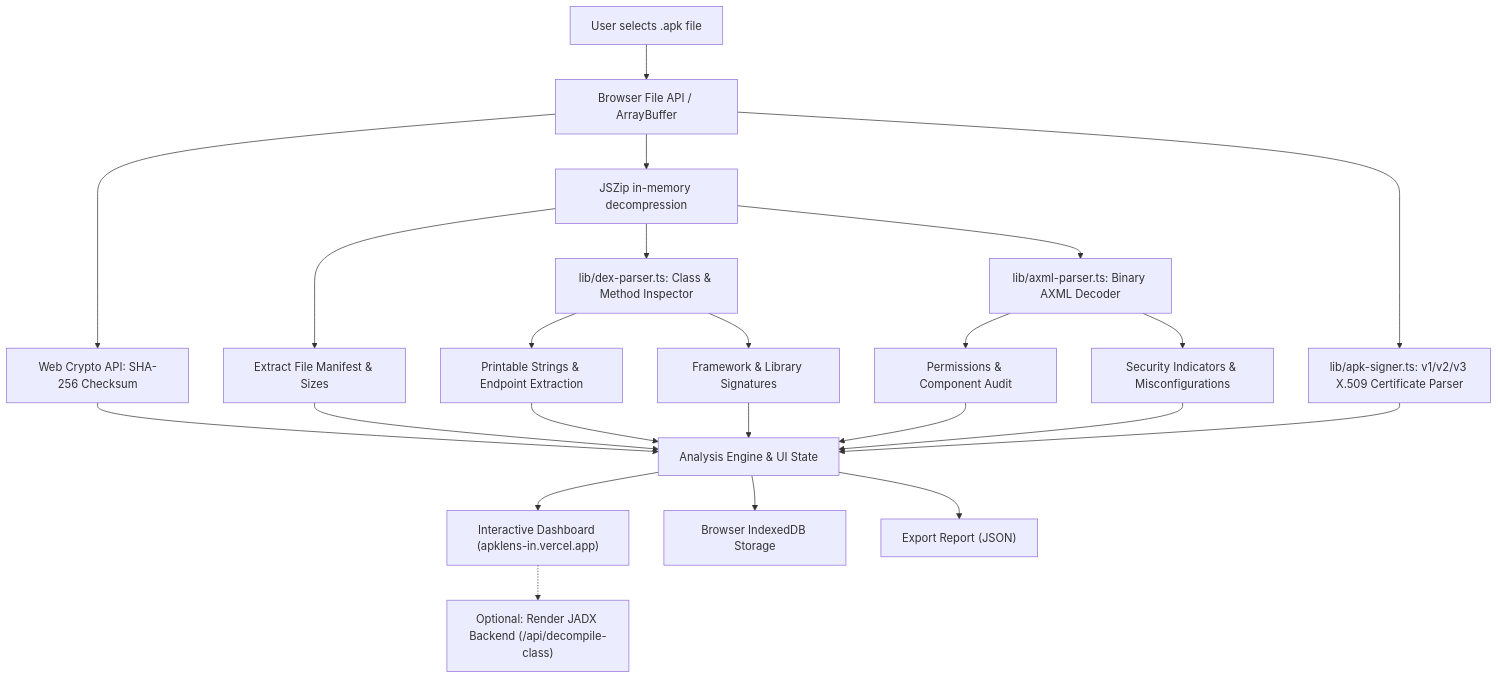
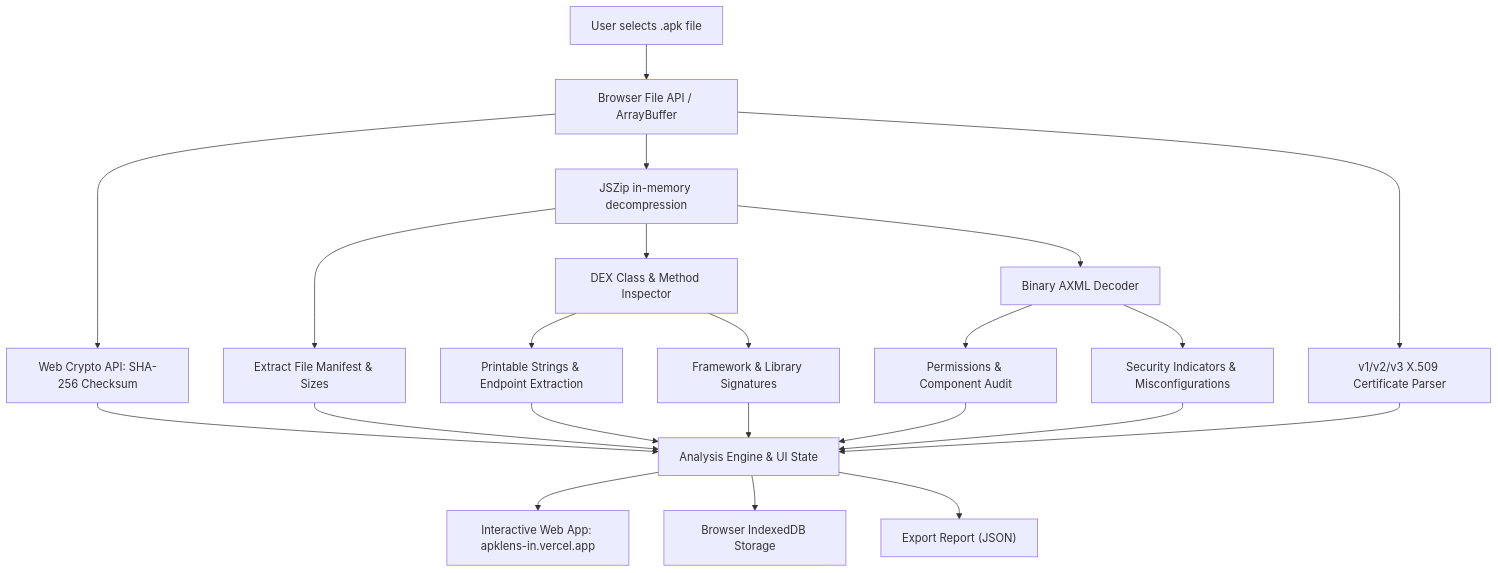
The diagram in README.md (jojin1709/APKlens-), drawn with Mermaid before and after one commit. The commit also changed other lines of this file and 1 other file, not shown here.

Commit message:
docs: protect intellectual property and update README for official web access

````diff
--- a/README.md
+++ b/README.md
@@ -114,31 +100,29 @@
 ```mermaid
 flowchart TD
     A["User selects .apk file"] --> B["Browser File API / ArrayBuffer"]
     B --> C["Web Crypto API: SHA-256 Checksum"]
     B --> D["JSZip in-memory decompression"]
     
     D --> E["Extract File Manifest & Sizes"]
-    D --> F["lib/dex-parser.ts: Class & Method Inspector"]
-    D --> G["lib/axml-parser.ts: Binary AXML Decoder"]
-    B --> H["lib/apk-signer.ts: v1/v2/v3 X.509 Certificate Parser"]
+    D --> F["DEX Class & Method Inspector"]
+    D --> G["Binary AXML Decoder"]
+    B --> H["v1/v2/v3 X.509 Certificate Parser"]
     
     F --> I["Printable Strings & Endpoint Extraction"]
     F --> J["Framework & Library Signatures"]
     
     G --> K["Permissions & Component Audit"]
     G --> L["Security Indicators & Misconfigurations"]
     
     C --> M["Analysis Engine & UI State"]
     E --> M
     H --> M
     I --> M
     J --> M
     K --> M
     L --> M
     
-    M --> N["Interactive Dashboard (apklens-in.vercel.app)"]
+    M --> N["Interactive Web App: apklens-in.vercel.app"]
     M --> O["Browser IndexedDB Storage"]
     M --> P["Export Report (JSON)"]
-    
-    N -.-> Q["Optional: Render JADX Backend (/api/decompile-class)"]
 ```
````
